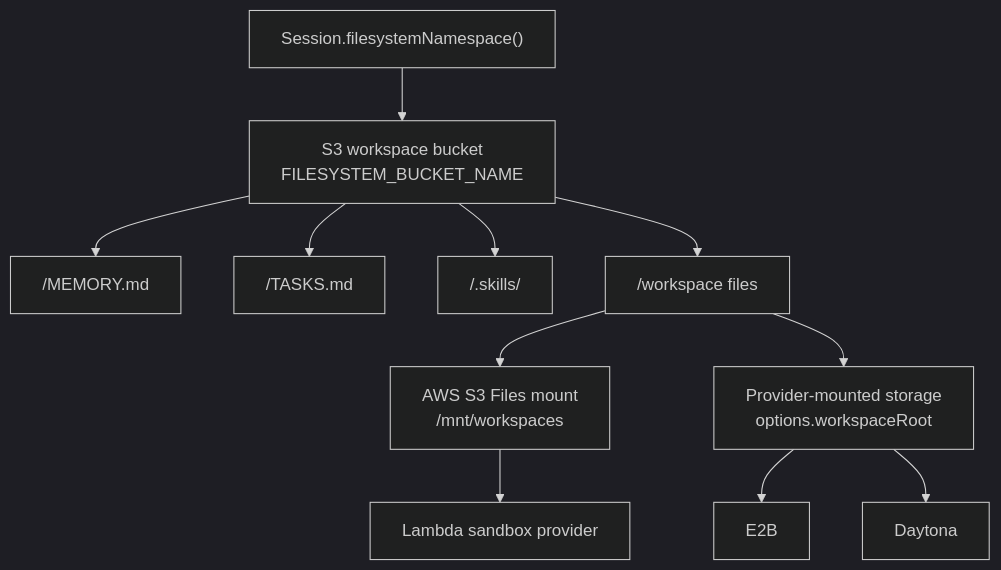
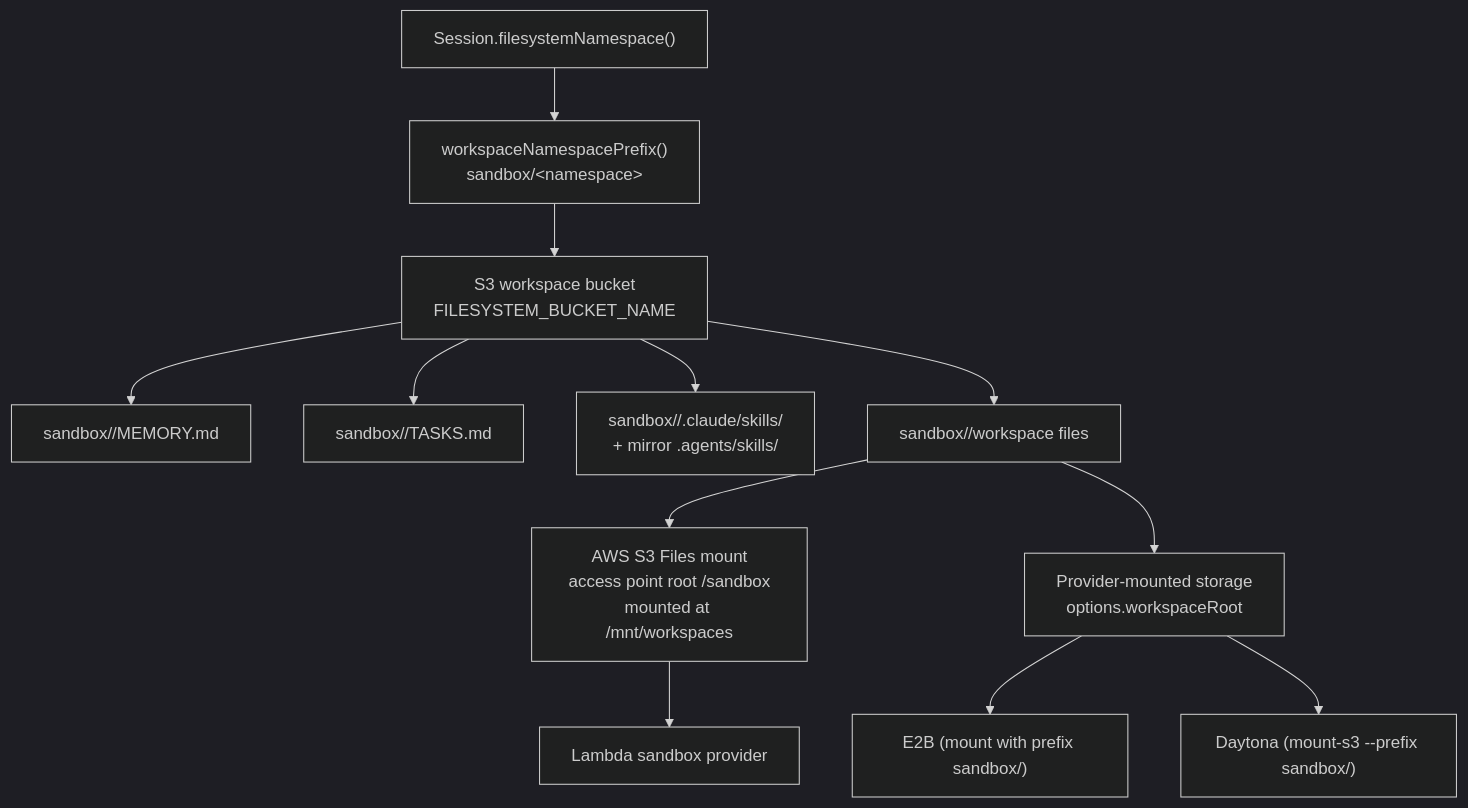
One commit to beeblastco/broods changed the diagram in docs/workspace/storage.md. Above: the diagram before and after it, drawn with Mermaid (dark theme). The commit also changed other lines of this file and 11 other files, not shown here.

````diff
--- a/docs/workspace/storage.md
+++ b/docs/workspace/storage.md
@@ -14,13 +31,14 @@
 ```mermaid
 flowchart TD
-  Namespace["Session.filesystemNamespace()"] --> S3["S3 workspace bucket<br/>FILESYSTEM_BUCKET_NAME"]
-  S3 --> Memory["<namespace>/MEMORY.md"]
-  S3 --> Tasks["<namespace>/TASKS.md"]
-  S3 --> Skills["<namespace>/.skills/<skill-name>"]
-  S3 --> Files["<namespace>/workspace files"]
-  Files --> S3Files["AWS S3 Files mount<br/>/mnt/workspaces"]
+  Namespace["Session.filesystemNamespace()"] --> Prefix["workspaceNamespacePrefix()<br/>sandbox/&lt;namespace&gt;"]
+  Prefix --> S3["S3 workspace bucket<br/>FILESYSTEM_BUCKET_NAME"]
+  S3 --> Memory["sandbox/<namespace>/MEMORY.md"]
+  S3 --> Tasks["sandbox/<namespace>/TASKS.md"]
+  S3 --> Skills["sandbox/<namespace>/.claude/skills/<name><br/>+ mirror .agents/skills/<name>"]
+  S3 --> Files["sandbox/<namespace>/workspace files"]
+  Files --> S3Files["AWS S3 Files mount<br/>access point root /sandbox<br/>mounted at /mnt/workspaces"]
   S3Files --> Lambda["Lambda sandbox provider"]
   Files --> ExternalMount["Provider-mounted storage<br/>options.workspaceRoot"]
-  ExternalMount --> E2B["E2B"]
-  ExternalMount --> Daytona["Daytona"]
+  ExternalMount --> E2B["E2B (mount with prefix sandbox/)"]
+  ExternalMount --> Daytona["Daytona (mount-s3 --prefix sandbox/)"]
 ```
````
